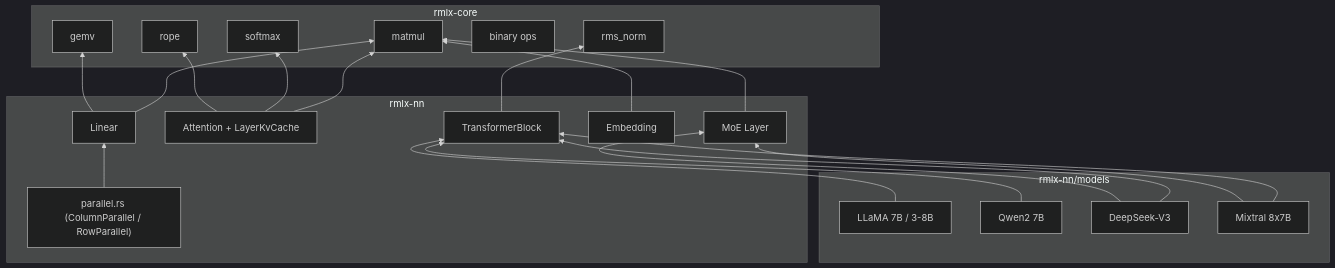
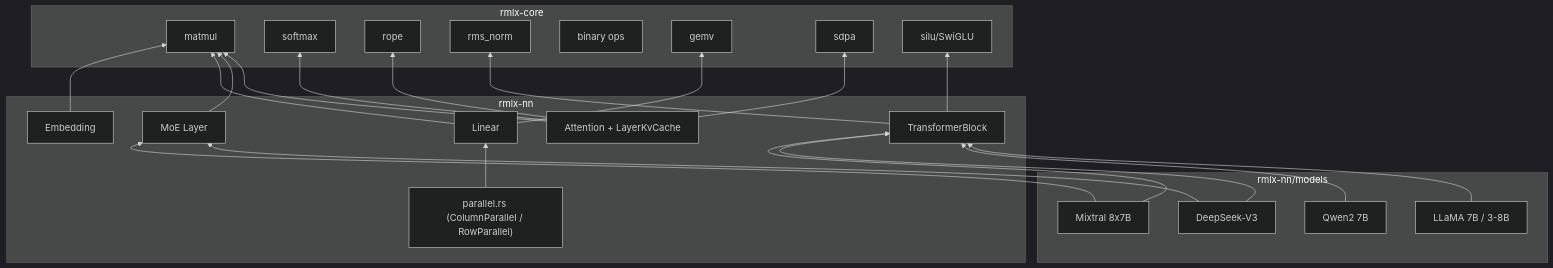
The diagram in docs/crates/rmlx-nn.md (0xDaizz/RMLX), drawn with Mermaid (dark theme) before and after one commit. The commit also changed other lines of this file and 23 other files, not shown here.

````diff
--- a/docs/crates/rmlx-nn.md
+++ b/docs/crates/rmlx-nn.md
@@ -280,44 +417,48 @@
 ```mermaid
 graph BT
     subgraph "rmlx-nn"
         TB[TransformerBlock]
         ATT[Attention + LayerKvCache]
         MOE[MoE Layer]
         EMB[Embedding]
         LIN[Linear]
         PAR["parallel.rs (ColumnParallel / RowParallel)"]
     end
 
     subgraph "rmlx-nn/models"
         LLAMA[LLaMA 7B / 3-8B]
         QWEN[Qwen2 7B]
         DS[DeepSeek-V3]
         MIX[Mixtral 8x7B]
     end
 
     subgraph "rmlx-core"
         MATMUL[matmul]
         SOFTMAX[softmax]
         ROPE[rope]
         RMSNORM[rms_norm]
         BINARY[binary ops]
         GEMV[gemv]
+        SDPA[sdpa]
+        SILU[silu/SwiGLU]
     end
 
     ATT --> MATMUL
     ATT --> SOFTMAX
     ATT --> ROPE
+    ATT --> SDPA
     MOE --> MATMUL
     LIN --> MATMUL
     LIN --> GEMV
     PAR --> LIN
     TB --> RMSNORM
+    TB --> SILU
     EMB --> MATMUL
 
     LLAMA --> TB
     QWEN --> TB
     DS --> TB
     DS --> MOE
     MIX --> TB
     MIX --> MOE
 ```
````
